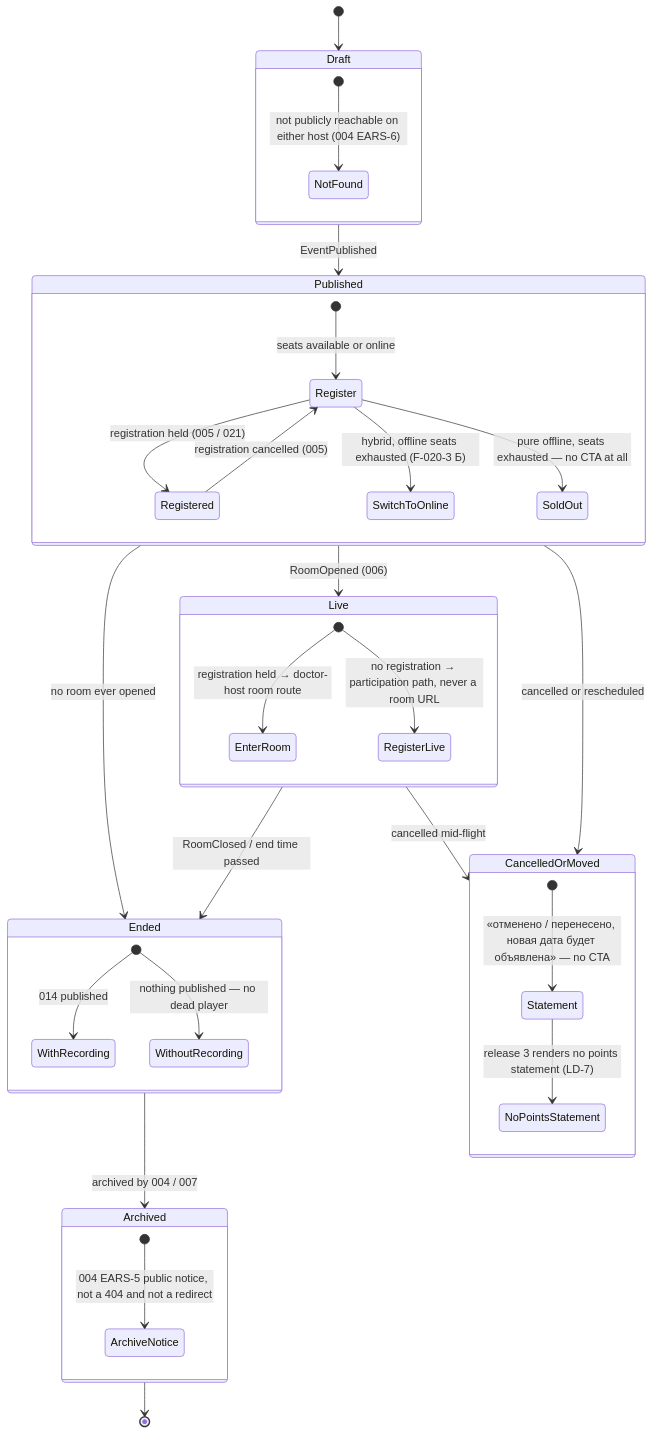
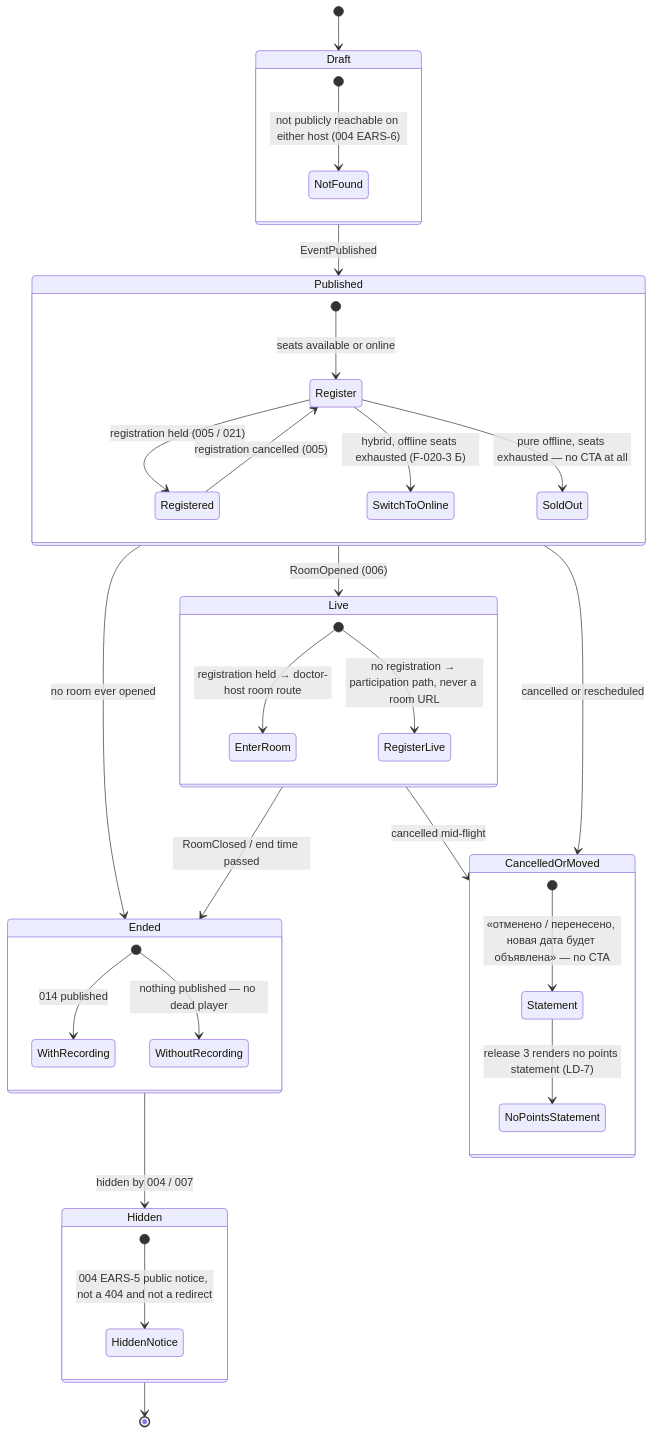
The third of 4 diagrams in apps/docs/content/specs/features/020-event-page-two-storefronts/020-design.md (doctor-school/ds-platform), drawn with Mermaid before and after one commit. The commit also changed other lines of this file and 23 other files, not shown here.

````diff
--- a/apps/docs/content/specs/features/020-event-page-two-storefronts/020-design.md
+++ b/apps/docs/content/specs/features/020-event-page-two-storefronts/020-design.md
@@ -101,38 +101,38 @@
 ```mermaid
 stateDiagram-v2
   [*] --> Draft
   Draft --> Published: EventPublished
   Published --> Live: RoomOpened (006)
   Live --> Ended: RoomClosed / end time passed
   Published --> Ended: no room ever opened
-  Ended --> Archived: archived by 004 / 007
+  Ended --> Hidden: hidden by 004 / 007
   Published --> CancelledOrMoved: cancelled or rescheduled
   Live --> CancelledOrMoved: cancelled mid-flight
-  Archived --> [*]
+  Hidden --> [*]
 
   state Draft {
     [*] --> NotFound: not publicly reachable on either host (004 EARS-6)
   }
   state Published {
     [*] --> Register: seats available or online
     Register --> Registered: registration held (005 / 021)
     Register --> SwitchToOnline: hybrid, offline seats exhausted (F-020-3 Б)
     Register --> SoldOut: pure offline, seats exhausted — no CTA at all
     Registered --> Register: registration cancelled (005)
   }
   state Live {
     [*] --> EnterRoom: registration held → doctor-host room route
     [*] --> RegisterLive: no registration → participation path, never a room URL
   }
   state Ended {
     [*] --> WithRecording: 014 published
     [*] --> WithoutRecording: nothing published — no dead player
   }
-  state Archived {
-    [*] --> ArchiveNotice: 004 EARS-5 public notice, not a 404 and not a redirect
+  state Hidden {
+    [*] --> HiddenNotice: 004 EARS-5 public notice, not a 404 and not a redirect
   }
   state CancelledOrMoved {
     [*] --> Statement: «отменено / перенесено, новая дата будет объявлена» — no CTA
     Statement --> NoPointsStatement: release 3 renders no points statement (LD-7)
   }
 ```
````
